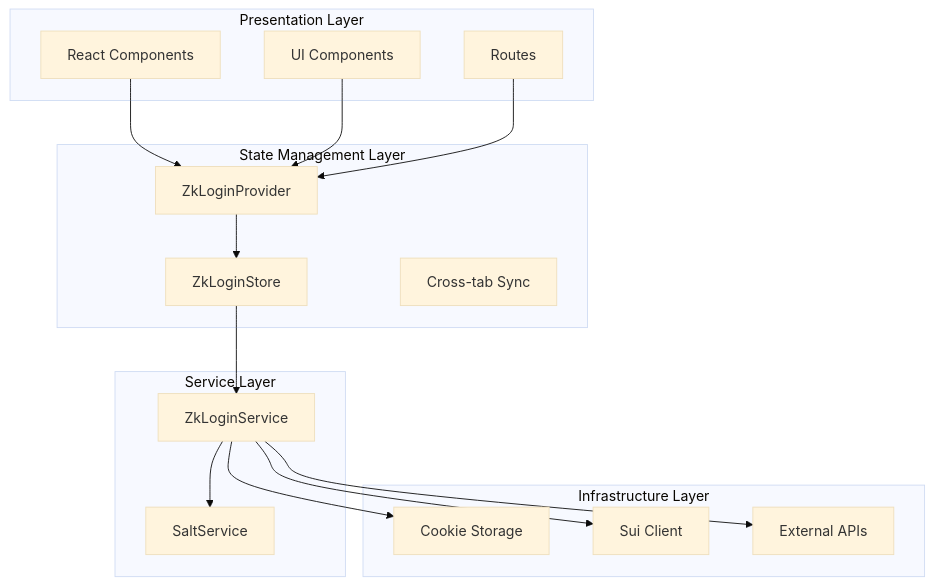
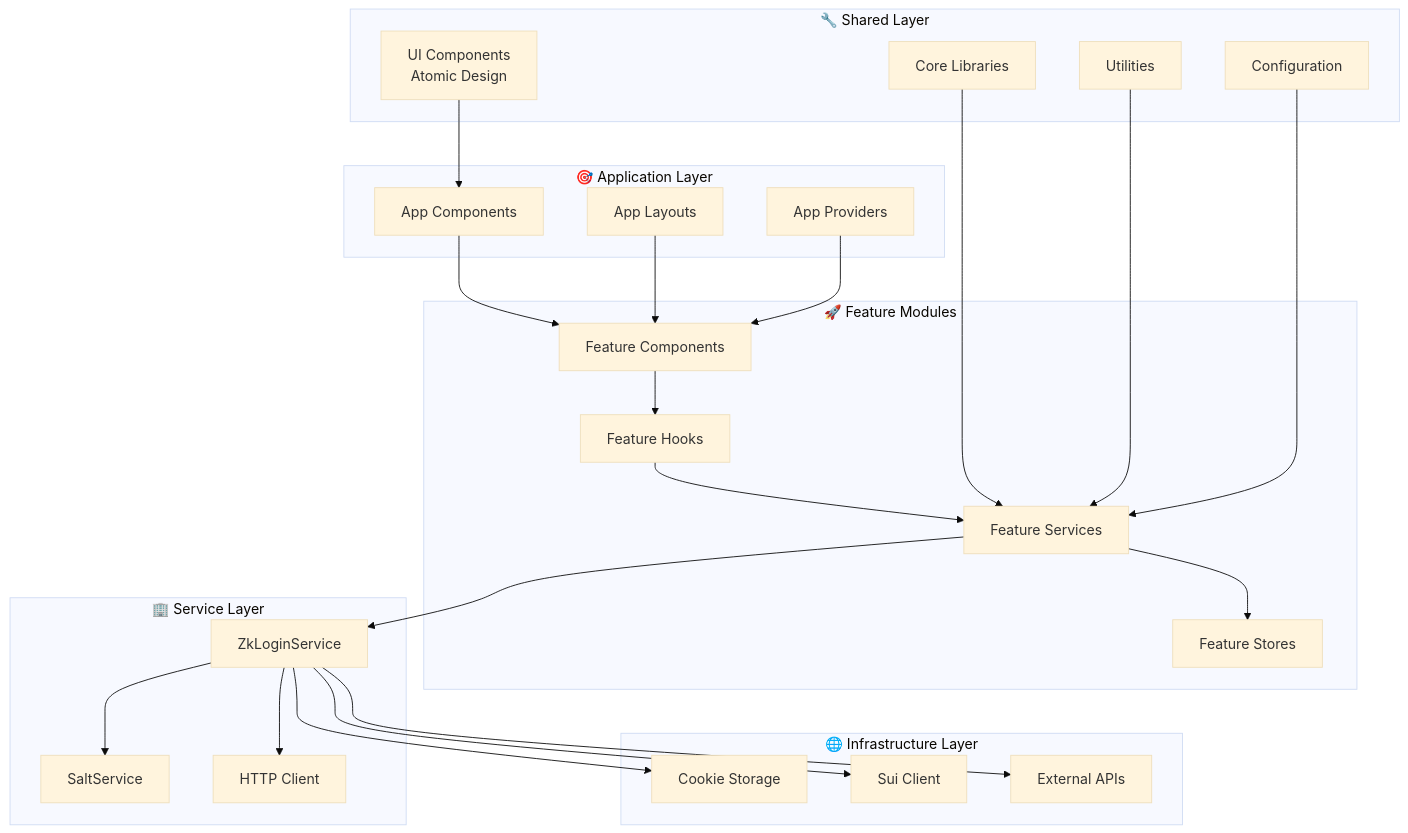
One commit to SpiralOutDotEu/sui-zklogin-boilerplate changed the fifth of 5 diagrams in README.md. Above: the diagram before and after it, drawn with Mermaid (base theme). The commit also changed other lines of this file and 5 other files, not shown here.

````diff
--- a/README.md
+++ b/README.md
@@ -835,35 +1160,51 @@
 ```mermaid
 graph TB
-    subgraph "Presentation Layer"
-        A[React Components]
-        B[UI Components]
-        C[Routes]
+    subgraph "🎯 Application Layer"
+        A[App Components]
+        B[App Layouts]
+        C[App Providers]
     end
 
-    subgraph "State Management Layer"
-        D[ZkLoginProvider]
-        E[ZkLoginStore]
-        F[Cross-tab Sync]
+    subgraph "🚀 Feature Modules"
+        D[Feature Components]
+        E[Feature Hooks]
+        F[Feature Services]
+        G[Feature Stores]
     end
 
-    subgraph "Service Layer"
-        G[ZkLoginService]
-        H[SaltService]
+    subgraph "🔧 Shared Layer"
+        H[UI Components<br/>Atomic Design]
+        I[Core Libraries]
+        J[Utilities]
+        K[Configuration]
     end
 
-    subgraph "Infrastructure Layer"
-        I[Cookie Storage]
-        J[Sui Client]
-        K[External APIs]
+    subgraph "🏢 Service Layer"
+        L[ZkLoginService]
+        M[SaltService]
+        N[HTTP Client]
+    end
+
+    subgraph "🌐 Infrastructure Layer"
+        O[Cookie Storage]
+        P[Sui Client]
+        Q[External APIs]
     end
 
     A --> D
     B --> D
     C --> D
     D --> E
-    E --> G
-    G --> H
-    G --> I
-    G --> J
-    G --> K
+    E --> F
+    F --> G
+    F --> L
+    L --> M
+    L --> N
+    H --> A
+    I --> F
+    J --> F
+    K --> F
+    L --> O
+    L --> P
+    L --> Q
 ```
````
